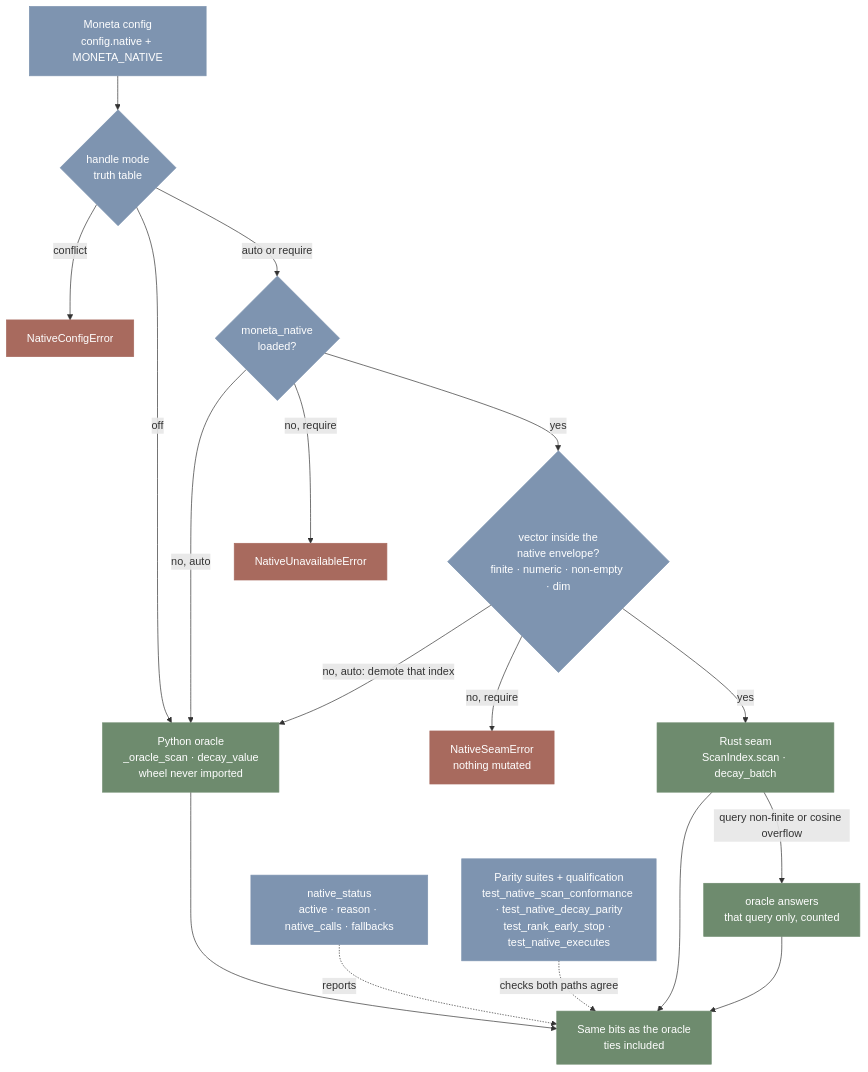
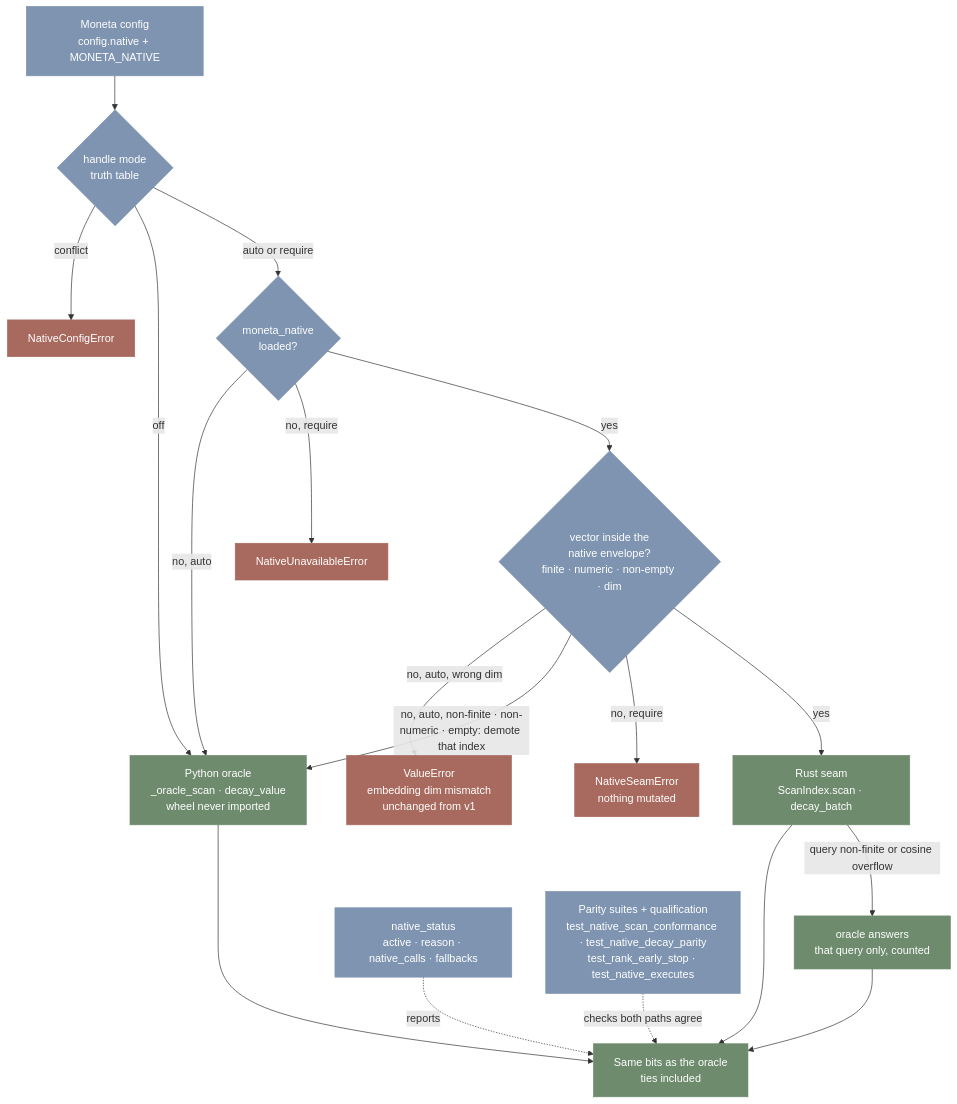
Before and after one commit to JosephOIbrahim/Moneta: the ninth of 10 diagrams in README.md, drawn with Mermaid.

Commit message:
C7 fix: README switch diagram routes a wrong-dim deposit in auto to ValueError
A wrong-dim deposit in auto mode raises the existing v1 ValueError (embedding
dim mismatch); only non-finite, non-numeric or empty vectors demote the index.
Under require both are NativeSeamError with nothing mutated (probed). All 10
README mermaid blocks render with mermaid-cli 11.4.2.

Claude-Session: https://claude.ai/code/session_01NFfga2MzxPABCByWKr1UR5

````diff
--- a/README.md
+++ b/README.md
@@ -693,27 +693,28 @@
 ```mermaid
 flowchart TD
     init["Moneta config<br/>config.native + MONETA_NATIVE"] --> mode{"handle mode<br/>truth table"}
     mode -->|"conflict"| cfgerr["NativeConfigError"]
     mode -->|"off"| oracle["Python oracle<br/>_oracle_scan · decay_value<br/>wheel never imported"]
     mode -->|"auto or require"| wheel{"moneta_native<br/>loaded?"}
     wheel -->|"no, auto"| oracle
     wheel -->|"no, require"| unavail["NativeUnavailableError"]
     wheel -->|"yes"| envelope{"vector inside the<br/>native envelope?<br/>finite · numeric · non-empty · dim"}
-    envelope -->|"no, auto: demote that index"| oracle
+    envelope -->|"no, auto, wrong dim"| dimerr["ValueError<br/>embedding dim mismatch<br/>unchanged from v1"]
+    envelope -->|"no, auto, non-finite · non-numeric · empty: demote that index"| oracle
     envelope -->|"no, require"| seamerr["NativeSeamError<br/>nothing mutated"]
     envelope -->|"yes"| rust["Rust seam<br/>ScanIndex.scan · decay_batch"]
     rust --> result["Same bits as the oracle<br/>ties included"]
     rust -->|"query non-finite or cosine overflow"| oracle_q["oracle answers<br/>that query only, counted"]
     oracle_q --> result
     oracle --> result
     status["native_status<br/>active · reason · native_calls · fallbacks"] -.->|"reports"| result
     suite["Parity suites + qualification<br/>test_native_scan_conformance · test_native_decay_parity<br/>test_rank_early_stop · test_native_executes"] -.->|"checks both paths agree"| result
 
     classDef green fill:#6E8B6E,color:#fff,stroke:#6E8B6E
     classDef blue fill:#7E94B0,color:#fff,stroke:#7E94B0
     classDef red fill:#A86A5E,color:#fff,stroke:#A86A5E
 
     class rust,oracle,oracle_q,result green
     class init,mode,wheel,envelope,suite,status blue
-    class cfgerr,unavail,seamerr red
+    class cfgerr,unavail,seamerr,dimerr red
 ```
````
